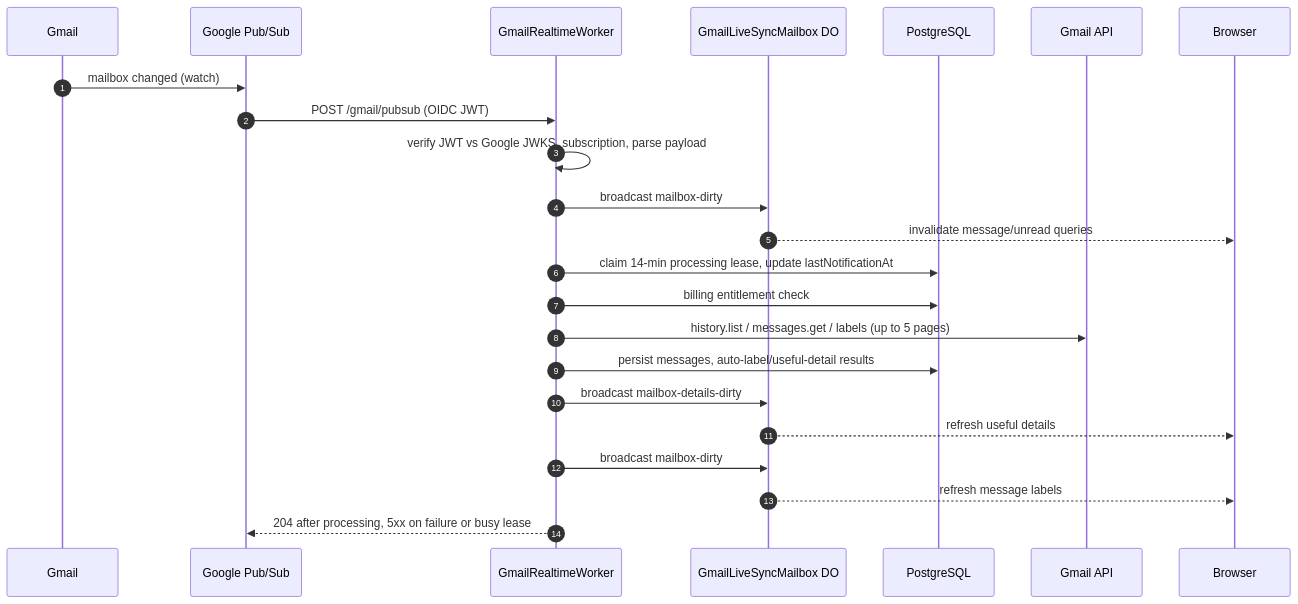
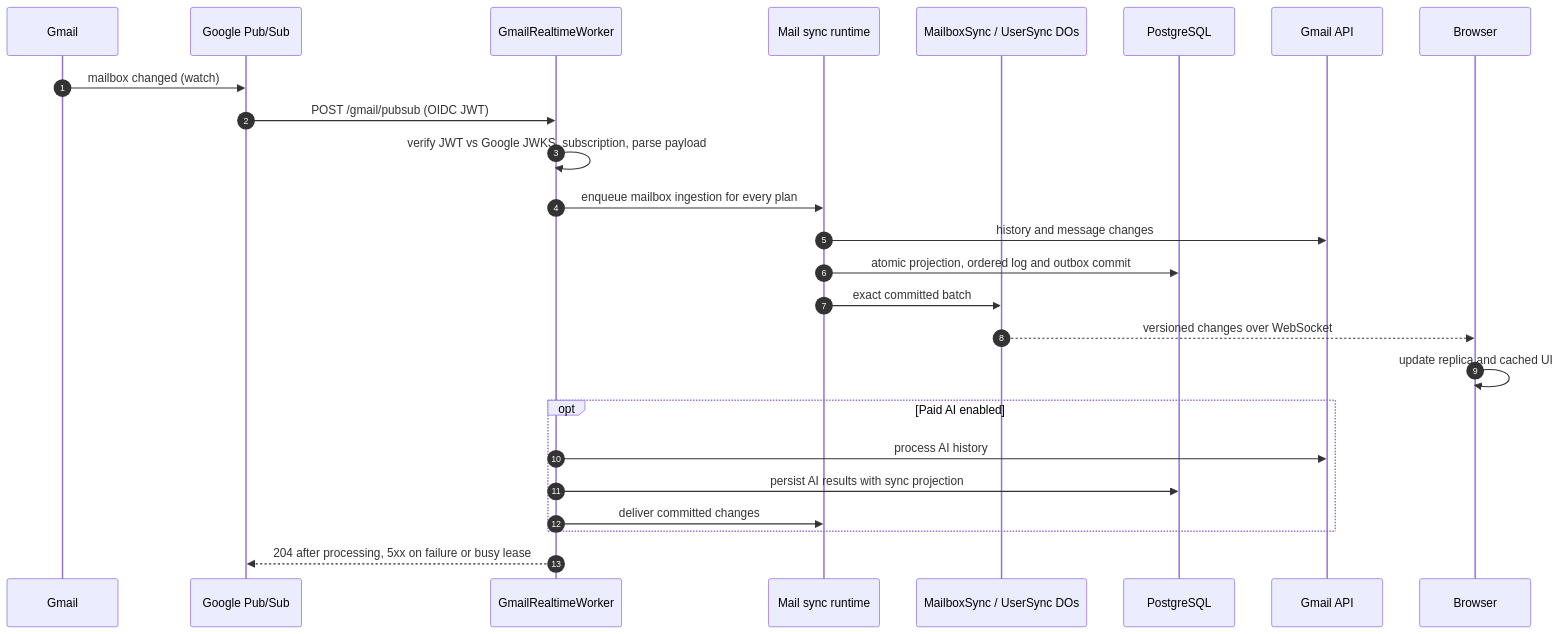
The second of 6 diagrams in docs/infrastructure-map.md (quieter-email/quieter), drawn with Mermaid before and after one commit. The commit also changed other lines of this file and 229 other files, not shown here.

First line of the commit message:
feat(sync): add custom mail engine with team Gmail limits (#281)

````diff
--- a/docs/infrastructure-map.md
+++ b/docs/infrastructure-map.md
@@ -163,26 +176,28 @@
 ```mermaid
 sequenceDiagram
     autonumber
     participant G as Gmail
     participant P as Google Pub/Sub
     participant W as GmailRealtimeWorker
-    participant D as GmailLiveSyncMailbox DO
+    participant S as Mail sync runtime
+    participant D as MailboxSync / UserSync DOs
     participant DB as PostgreSQL
     participant A as Gmail API
     participant B as Browser
 
     G->>P: mailbox changed (watch)
     P->>W: POST /gmail/pubsub (OIDC JWT)
     W->>W: verify JWT vs Google JWKS, subscription, parse payload
-    W->>D: broadcast mailbox-dirty
-    D-->>B: invalidate message/unread queries
-    W->>DB: claim 14-min processing lease, update lastNotificationAt
-    W->>DB: billing entitlement check
-    W->>A: history.list / messages.get / labels (up to 5 pages)
-    W->>DB: persist messages, auto-label/useful-detail results
-    W->>D: broadcast mailbox-details-dirty
-    D-->>B: refresh useful details
-    W->>D: broadcast mailbox-dirty
-    D-->>B: refresh message labels
+    W->>S: enqueue mailbox ingestion for every plan
+    S->>A: history and message changes
+    S->>DB: atomic projection, ordered log and outbox commit
+    S->>D: exact committed batch
+    D-->>B: versioned changes over WebSocket
+    B->>B: update replica and cached UI
+    opt Paid AI enabled
+        W->>A: process AI history
+        W->>DB: persist AI results with sync projection
+        W->>S: deliver committed changes
+    end
     W-->>P: 204 after processing, 5xx on failure or busy lease
 ```
````
